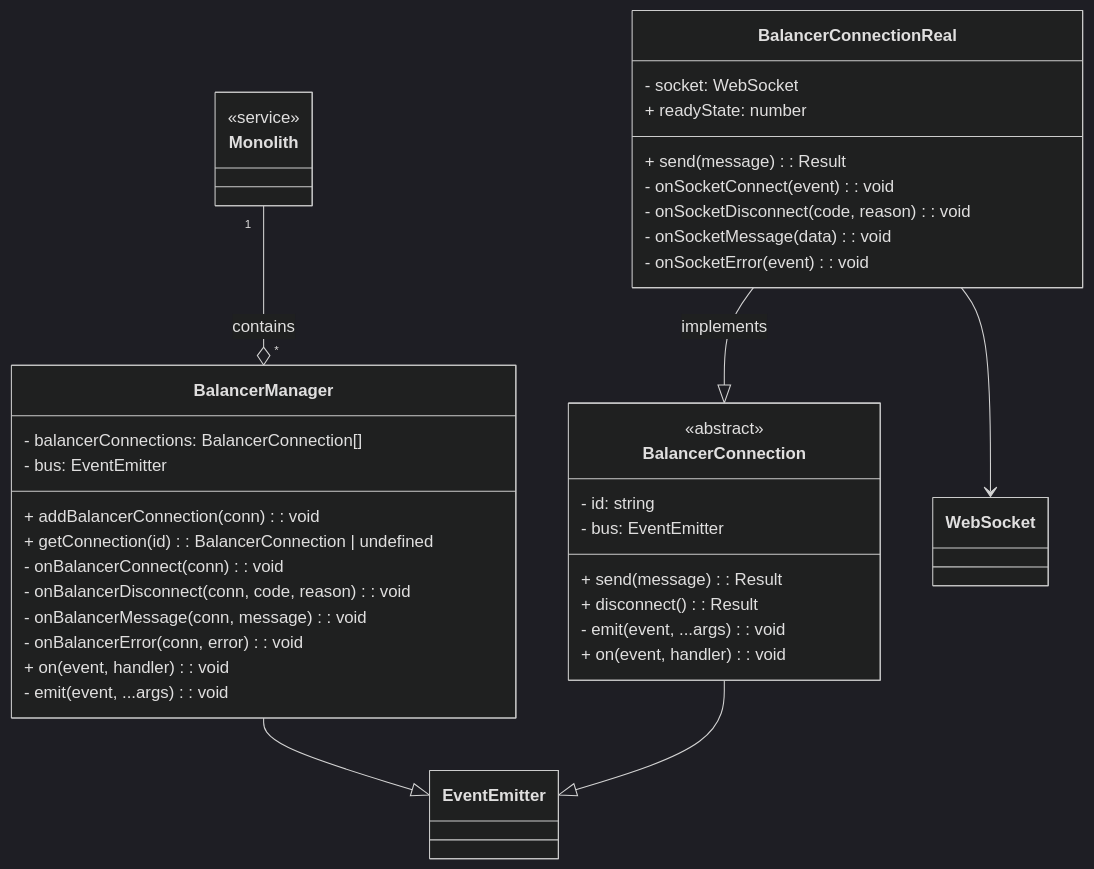
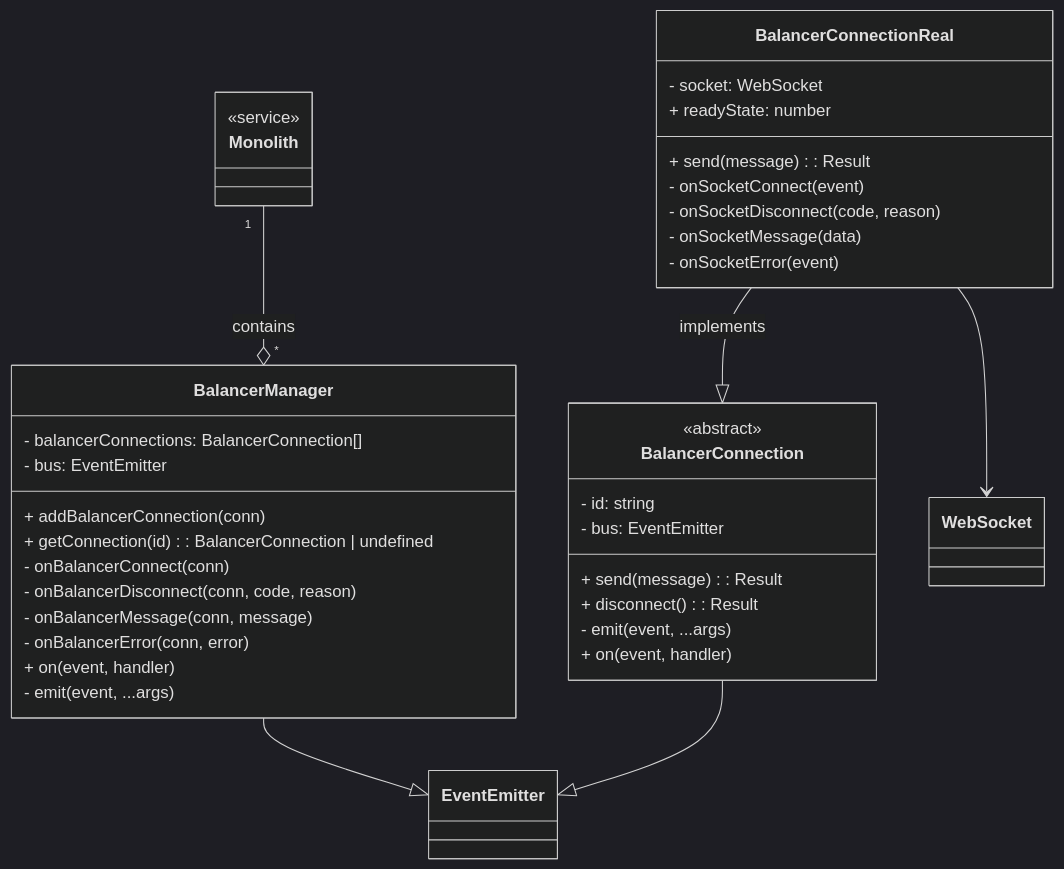
One commit to dyc3/senior-design changed the diagram in figures/manage-balanacer-connections-class.mmd. Above: the diagram before and after it, drawn with Mermaid (dark theme). The commit also changed 2 other files, not shown here.

```diff
--- a/figures/manage-balanacer-connections-class.mmd
+++ b/figures/manage-balanacer-connections-class.mmd
@@ -1,52 +1,52 @@
 classDiagram
     class Monolith {
         <<service>>
     }
 
     class BalancerManager {
         - balancerConnections: BalancerConnection[]
         - bus: EventEmitter
-        + addBalancerConnection(conn): void
+        + addBalancerConnection(conn)
         + getConnection(id): BalancerConnection | undefined
-        - onBalancerConnect(conn): void
-        - onBalancerDisconnect(conn, code, reason): void
-        - onBalancerMessage(conn, message): void
-        - onBalancerError(conn, error): void
-        + on(event, handler): void
-        - emit(event, ...args): void
+        - onBalancerConnect(conn)
+        - onBalancerDisconnect(conn, code, reason)
+        - onBalancerMessage(conn, message)
+        - onBalancerError(conn, error)
+        + on(event, handler)
+        - emit(event, ...args)
     }
 
     class BalancerConnection {
         <<abstract>>
         - id: string
         - bus: EventEmitter
         + send(message): Result<void, Error>
         + disconnect(): Result<void, Error>
-        - emit(event, ...args): void
-        + on(event, handler): void
+        - emit(event, ...args)
+        + on(event, handler)
     }
 
     class BalancerConnectionReal {
         - socket: WebSocket
         + readyState: number
         + send(message): Result<void, Error>
-        - onSocketConnect(event): void
-        - onSocketDisconnect(code, reason): void
-        - onSocketMessage(data): void
-        - onSocketError(event): void
+        - onSocketConnect(event)
+        - onSocketDisconnect(code, reason)
+        - onSocketMessage(data)
+        - onSocketError(event)
     }
 
     class EventEmitter {
 
     }
 
     class WebSocket {
-        
+
     }
 
     Monolith "1" --o "*" BalancerManager : contains
 
     BalancerManager --|> EventEmitter
     BalancerConnection --|> EventEmitter
     BalancerConnectionReal --|> BalancerConnection : implements
     BalancerConnectionReal --> WebSocket
```
